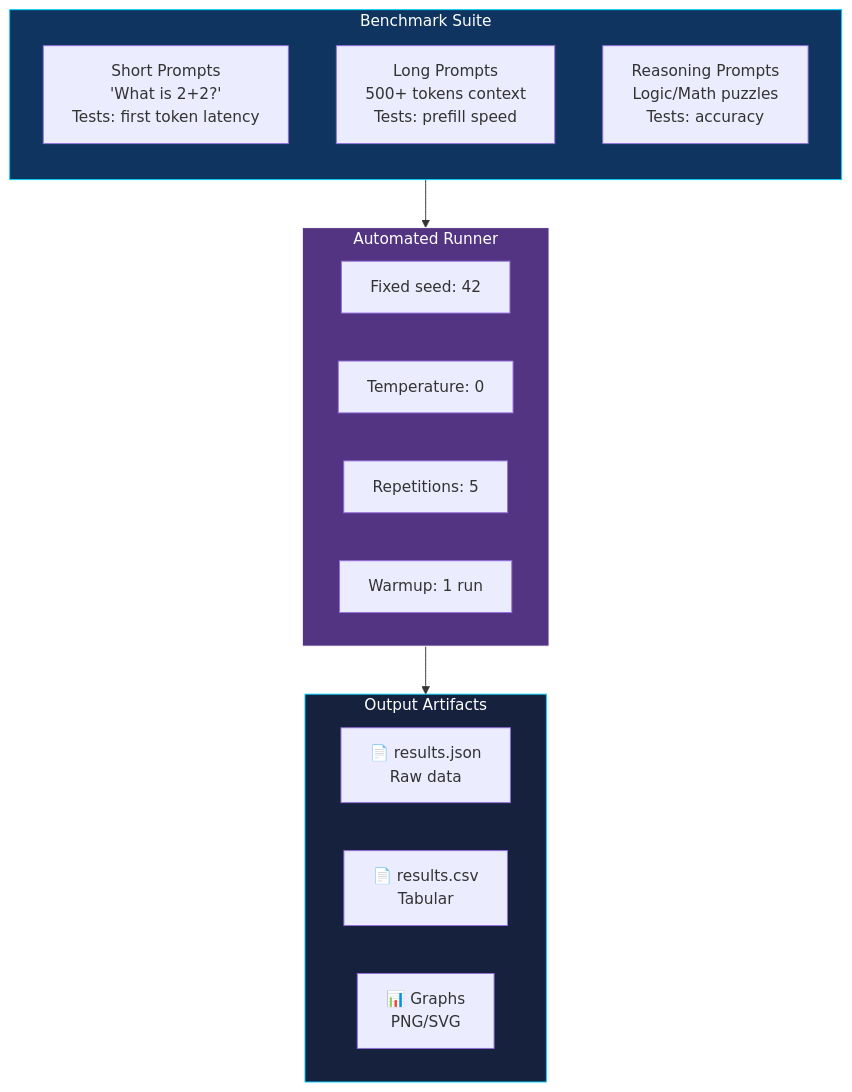
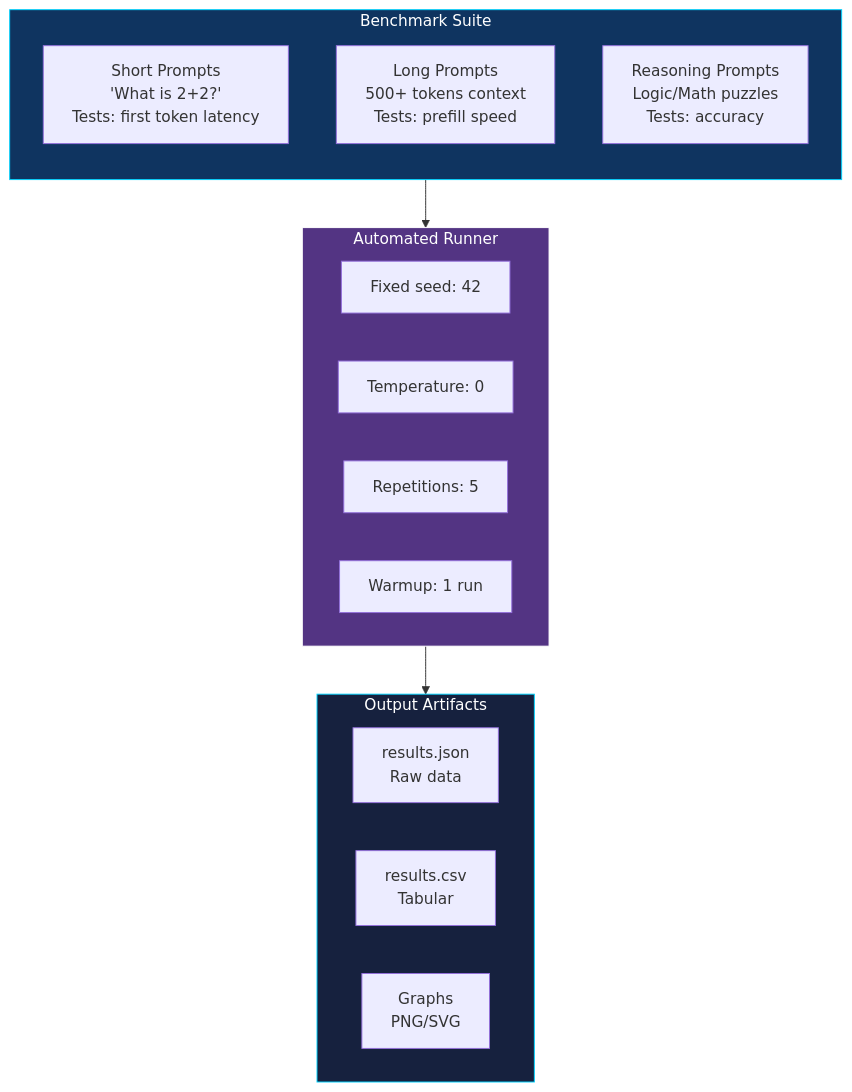
One commit to ch09/Low_Latency_Inference_optimization_LLM-LL_LLM- changed diagram 20 of 25 in docs/project_documentation.md. Above: the diagram before and after it, drawn with Mermaid. The commit also changed other lines of this file and 1 other file, not shown here.

````diff
--- a/docs/project_documentation.md
+++ b/docs/project_documentation.md
@@ -670,28 +670,28 @@
 ```mermaid
 flowchart TB
     subgraph Suite["Benchmark Suite"]
         direction TB
         SP["Short Prompts<br/>'What is 2+2?'<br/>Tests: first token latency"]
         LP["Long Prompts<br/>500+ tokens context<br/>Tests: prefill speed"]
         RP["Reasoning Prompts<br/>Logic/Math puzzles<br/>Tests: accuracy"]
     end
 
     subgraph Runner["Automated Runner"]
         SEED["Fixed seed: 42"]
         TEMP["Temperature: 0"]
         REPS["Repetitions: 5"]
         WARMUP["Warmup: 1 run"]
     end
 
     subgraph Output["Output Artifacts"]
-        JSON_OUT["📄 results.json<br/>Raw data"]
-        CSV_OUT["📄 results.csv<br/>Tabular"]
-        GRAPHS_OUT["📊 Graphs<br/>PNG/SVG"]
+        JSON_OUT["results.json<br/>Raw data"]
+        CSV_OUT["results.csv<br/>Tabular"]
+        GRAPHS_OUT["Graphs<br/>PNG/SVG"]
     end
 
     Suite --> Runner --> Output
 
     style Suite fill:#0f3460,stroke:#00d4ff,color:#fff
     style Runner fill:#533483,stroke:#fff,color:#fff
     style Output fill:#16213e,stroke:#00d4ff,color:#fff
 ```
````
